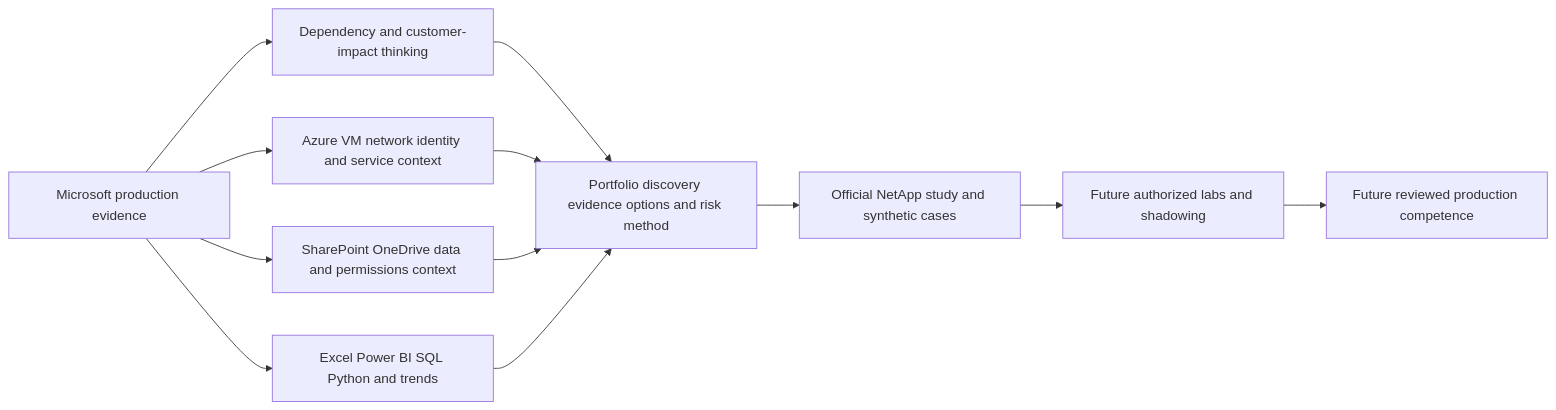
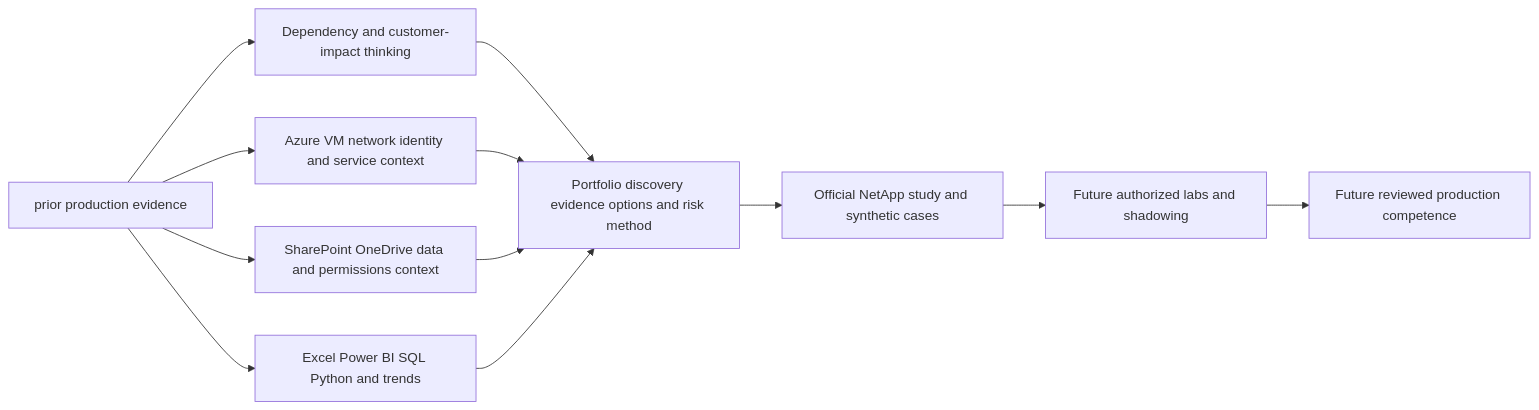
Before and after one commit to hichauhan-in/Interview-Prep: diagram 20 of 21 in NetApp TAM/prep/Part-19-netapp-portfolio-solution-map.md, drawn with Mermaid. The commit also changed other lines of this file and 493 other files, not shown here.

````diff
--- a/NetApp TAM/prep/Part-19-netapp-portfolio-solution-map.md
+++ b/NetApp TAM/prep/Part-19-netapp-portfolio-solution-map.md
@@ -703,14 +703,14 @@
 ```mermaid
 flowchart LR
-    PROD[Microsoft production evidence] --> SYS[Dependency and customer-impact thinking]
+    PROD[prior production evidence] --> SYS[Dependency and customer-impact thinking]
     PROD --> AZ[Azure VM network identity and service context]
     PROD --> DATA[SharePoint OneDrive data and permissions context]
     PROD --> ANALYTICS[Excel Power BI SQL Python and trends]
     SYS --> METHOD[Portfolio discovery evidence options and risk method]
     AZ --> METHOD
     DATA --> METHOD
     ANALYTICS --> METHOD
     METHOD --> LEARN[Official NetApp study and synthetic cases]
     LEARN --> LAB[Future authorized labs and shadowing]
     LAB --> FUTURE[Future reviewed production competence]
 ```
````
